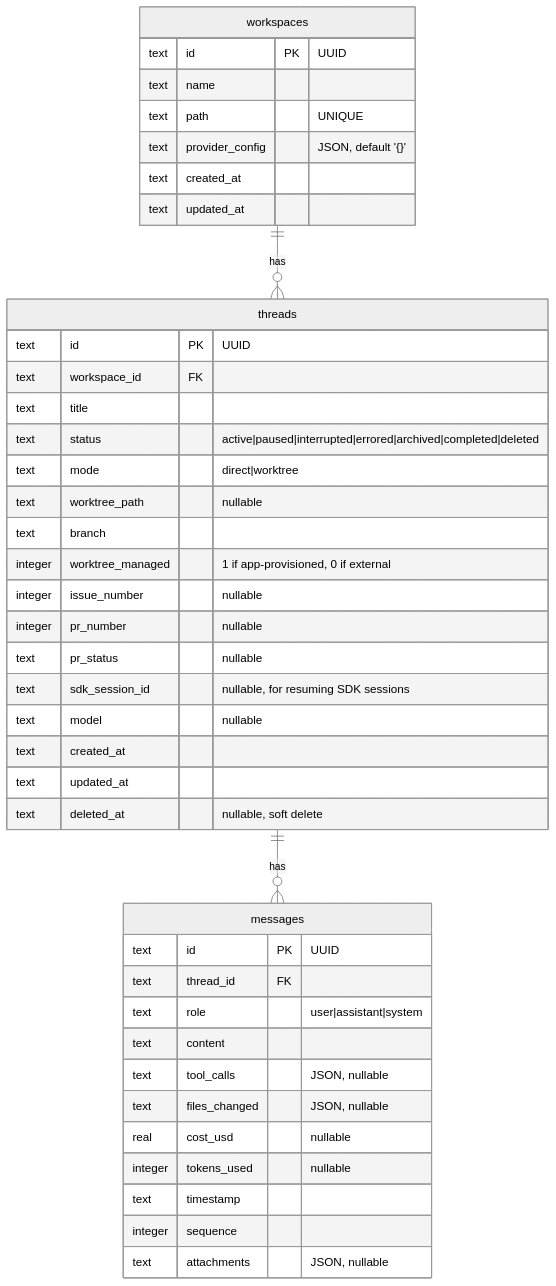
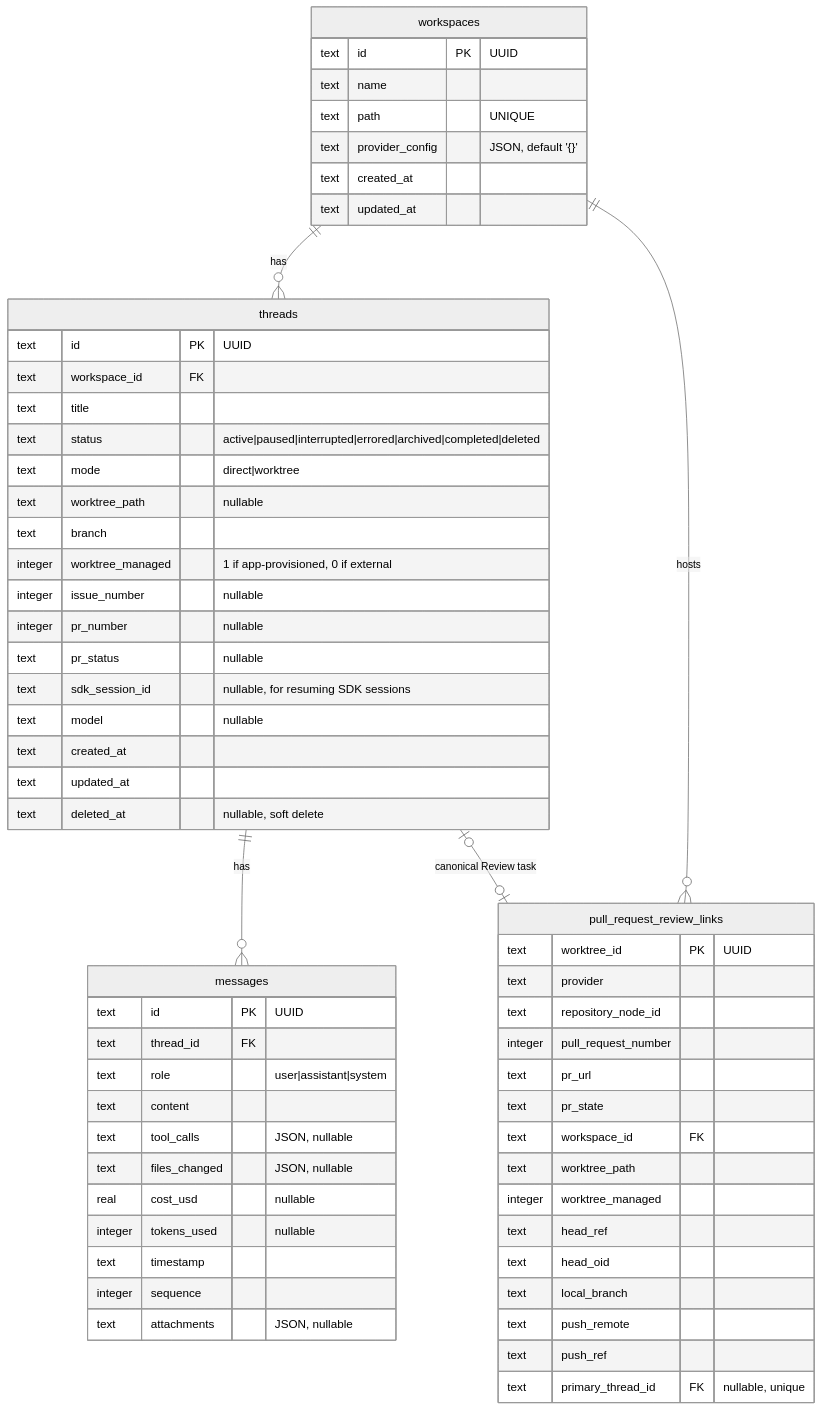
One commit to Mzeey-Emipre/mcode changed the fourth of 6 diagrams in ARCHITECTURE.md. Above: the diagram before and after it, drawn with Mermaid (neutral theme). The commit also changed other lines of this file and 155 other files, not shown here.

Commit message:
feat: add pull request inbox and review worktrees

````diff
--- a/ARCHITECTURE.md
+++ b/ARCHITECTURE.md
@@ -256,47 +262,67 @@
 ```mermaid
 erDiagram
     workspaces {
         text id PK "UUID"
         text name
         text path "UNIQUE"
         text provider_config "JSON, default '{}'"
         text created_at
         text updated_at
     }
 
     threads {
         text id PK "UUID"
         text workspace_id FK
         text title
         text status "active|paused|interrupted|errored|archived|completed|deleted"
         text mode "direct|worktree"
         text worktree_path "nullable"
         text branch
         integer worktree_managed "1 if app-provisioned, 0 if external"
         integer issue_number "nullable"
         integer pr_number "nullable"
         text pr_status "nullable"
         text sdk_session_id "nullable, for resuming SDK sessions"
         text model "nullable"
         text created_at
         text updated_at
         text deleted_at "nullable, soft delete"
     }
 
     messages {
         text id PK "UUID"
         text thread_id FK
         text role "user|assistant|system"
         text content
         text tool_calls "JSON, nullable"
         text files_changed "JSON, nullable"
         real cost_usd "nullable"
         integer tokens_used "nullable"
         text timestamp
         integer sequence
         text attachments "JSON, nullable"
     }
 
+    pull_request_review_links {
+        text worktree_id PK "UUID"
+        text provider
+        text repository_node_id
+        integer pull_request_number
+        text pr_url
+        text pr_state
+        text workspace_id FK
+        text worktree_path
+        integer worktree_managed
+        text head_ref
+        text head_oid
+        text local_branch
+        text push_remote
+        text push_ref
+        text primary_thread_id FK "nullable, unique"
+    }
+
     workspaces ||--o{ threads : "has"
     threads ||--o{ messages : "has"
+    workspaces ||--o{ pull_request_review_links : "hosts"
+    threads |o--o| pull_request_review_links : "canonical Review task"
 ```
````
